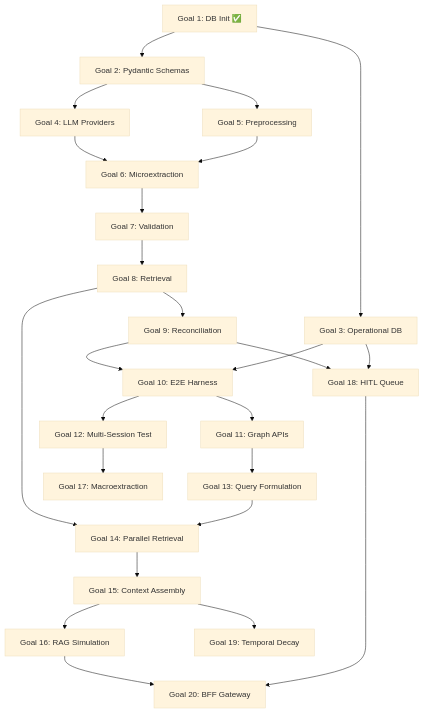
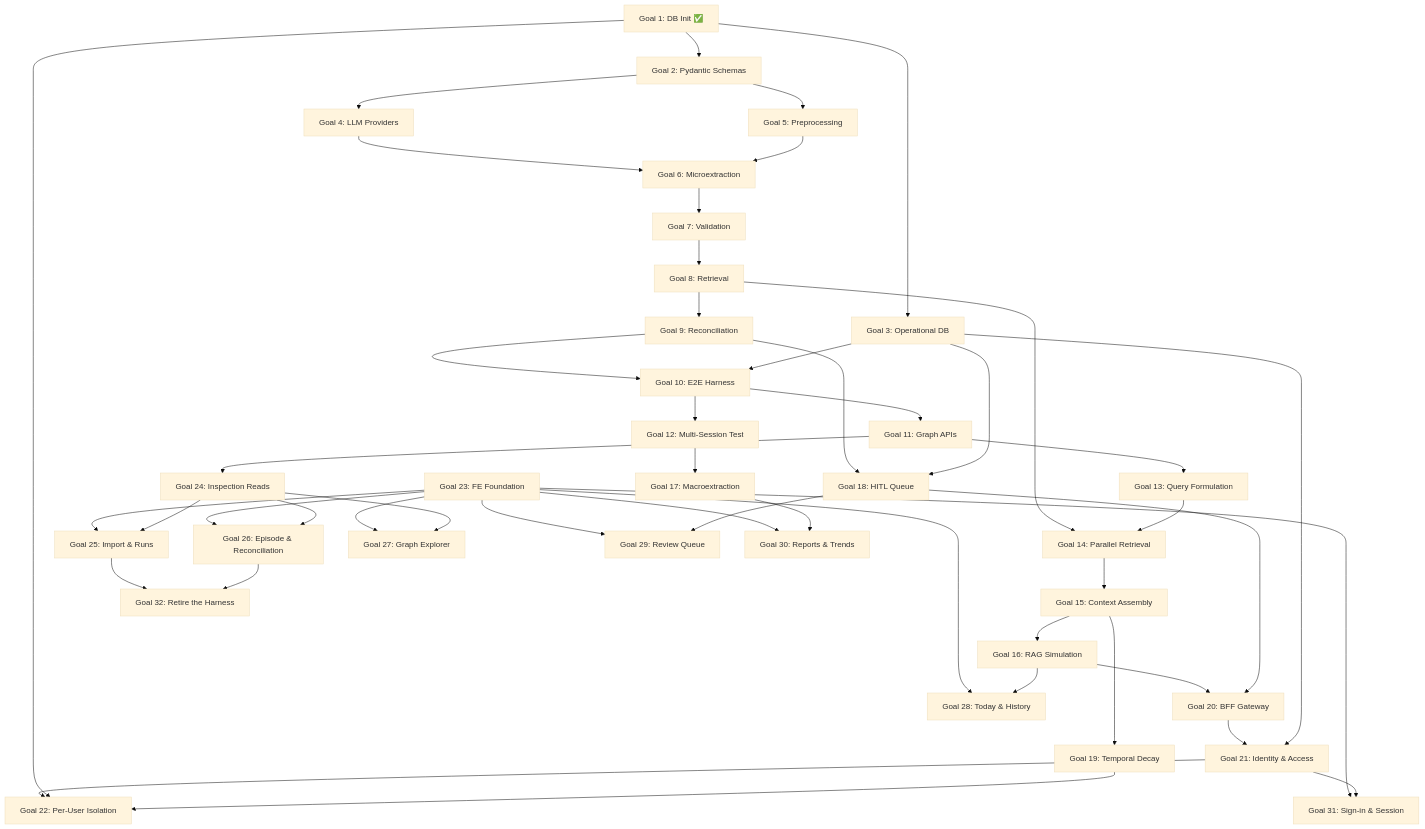
The diagram in implementation/Master_Plan.md (hemang-mishra/Lumen), drawn with Mermaid (base theme) before and after one commit. The commit also changed other lines of this file and 60 other files, not shown here.

````diff
--- a/implementation/Master_Plan.md
+++ b/implementation/Master_Plan.md
@@ -772,27 +1124,49 @@
 ```mermaid
 graph TD
     G1[Goal 1: DB Init ✅] --> G2[Goal 2: Pydantic Schemas]
     G1 --> G3[Goal 3: Operational DB]
     G2 --> G4[Goal 4: LLM Providers]
     G2 --> G5[Goal 5: Preprocessing]
     G4 --> G6[Goal 6: Microextraction]
     G5 --> G6
     G6 --> G7[Goal 7: Validation]
     G7 --> G8[Goal 8: Retrieval]
     G8 --> G9[Goal 9: Reconciliation]
     G9 --> G10[Goal 10: E2E Harness]
     G3 --> G10
     G10 --> G11[Goal 11: Graph APIs]
     G10 --> G12[Goal 12: Multi-Session Test]
     G11 --> G13[Goal 13: Query Formulation]
     G8 --> G14[Goal 14: Parallel Retrieval]
     G13 --> G14
     G14 --> G15[Goal 15: Context Assembly]
     G15 --> G16[Goal 16: RAG Simulation]
     G12 --> G17[Goal 17: Macroextraction]
     G9 --> G18[Goal 18: HITL Queue]
     G3 --> G18
     G15 --> G19[Goal 19: Temporal Decay]
     G16 --> G20[Goal 20: BFF Gateway]
     G18 --> G20
+    G20 --> G21[Goal 21: Identity & Access]
+    G3 --> G21
+    G21 --> G22[Goal 22: Per-User Isolation]
+    G1 --> G22
+    G19 --> G22
+    G23[Goal 23: FE Foundation] --> G25[Goal 25: Import & Runs]
+    G11 --> G24[Goal 24: Inspection Reads]
+    G24 --> G25
+    G23 --> G26[Goal 26: Episode & Reconciliation]
+    G24 --> G26
+    G23 --> G27[Goal 27: Graph Explorer]
+    G24 --> G27
+    G23 --> G28[Goal 28: Today & History]
+    G16 --> G28
+    G23 --> G29[Goal 29: Review Queue]
+    G18 --> G29
+    G23 --> G30[Goal 30: Reports & Trends]
+    G17 --> G30
+    G23 --> G31[Goal 31: Sign-in & Session]
+    G21 --> G31
+    G25 --> G32[Goal 32: Retire the Harness]
+    G26 --> G32
 ```
````
